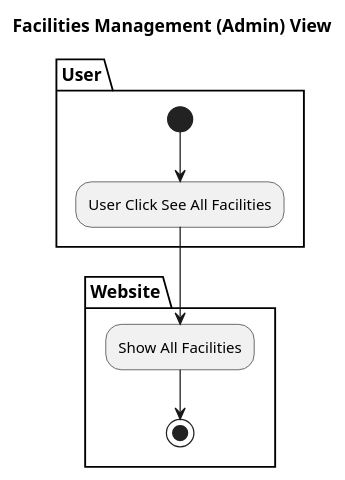
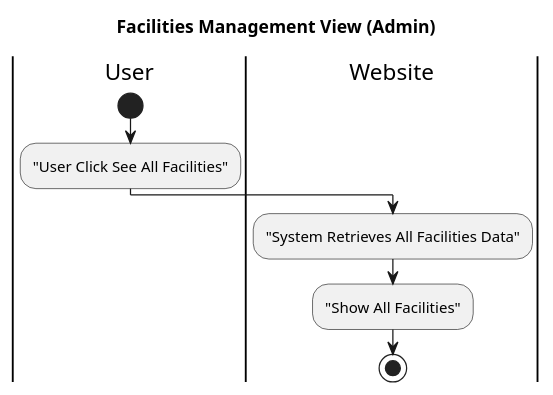
Before and after one commit to AntWort21/BHFMS: the diagram in Design/BHFMS_ACTIVITY/Facilities Management (Admin) View.puml, drawn with PlantUML. The commit also changed 9 other files, not shown here.

Commit message:
Update all Activity Diagram w/ Swimlane

```diff
--- a/Design/BHFMS_ACTIVITY/Facilities Management (Admin) View.puml
+++ b/Design/BHFMS_ACTIVITY/Facilities Management (Admin) View.puml
@@ -1,11 +1,13 @@
 @startuml
-title Facilities Management (Admin) View
-partition User {
-(*)  --> "User Click See All Facilities"
-}
+title Facilities Management View (Admin) 
+|User|
+start 
+:"User Click See All Facilities";
 
-partition Website {
-"User Click See All Facilities" --> "Show All Facilities"
---> (*)
-}
+
+|Website|
+:"System Retrieves All Facilities Data";
+:"Show All Facilities";
+stop
+
 @enduml
```
